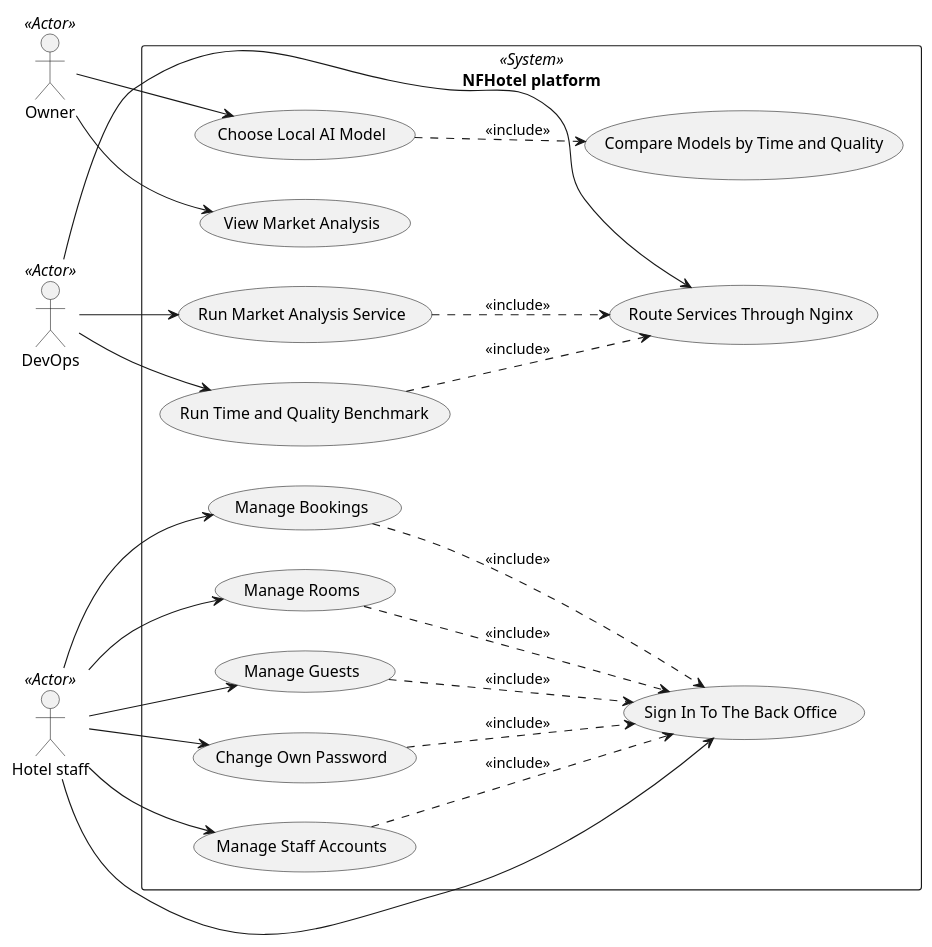
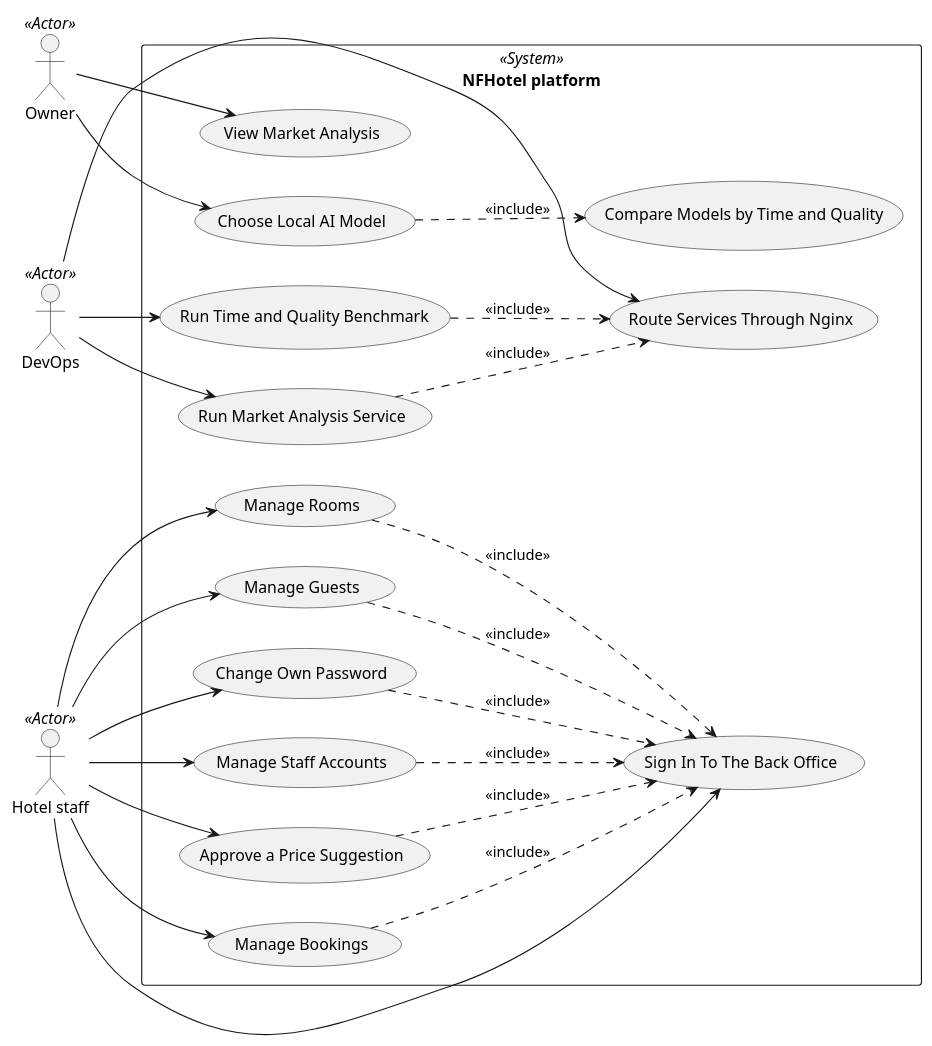
One commit to NF-Hotel/NFHotel changed the diagram in docs/use-case-diagram.md. Above: the diagram before and after it, drawn with PlantUML. The commit also changed other lines of this file and 154 other files, not shown here.

````diff
--- a/docs/use-case-diagram.md
+++ b/docs/use-case-diagram.md
@@ -33,41 +34,44 @@
 ```plantuml
 @startuml
 left to right direction
 actor "Owner" as Owner <<Actor>>
 actor "DevOps" as DevOps <<Actor>>
 actor "Hotel staff" as Staff <<Actor>>
 rectangle "NFHotel platform" <<System>> {
   usecase "View Market Analysis" as UC1
   usecase "Choose Local AI Model" as UC2
   usecase "Route Services Through Nginx" as UC3
   usecase "Run Time and Quality Benchmark" as UC4
   usecase "Run Market Analysis Service" as UC5
   usecase "Compare Models by Time and Quality" as UC6
   usecase "Manage Bookings" as UC7
   usecase "Manage Rooms" as UC8
   usecase "Manage Guests" as UC9
   usecase "Sign In To The Back Office" as UC10
   usecase "Change Own Password" as UC11
   usecase "Manage Staff Accounts" as UC12
+  usecase "Approve a Price Suggestion" as UC13
 }
 Owner --> UC1
 Owner --> UC2
 DevOps --> UC3
 DevOps --> UC4
 DevOps --> UC5
 Staff --> UC7
 Staff --> UC8
 Staff --> UC9
 Staff --> UC10
 Staff --> UC11
 Staff --> UC12
+Staff --> UC13
 UC7 ..> UC10 : <<include>>
 UC8 ..> UC10 : <<include>>
 UC11 ..> UC10 : <<include>>
 UC12 ..> UC10 : <<include>>
+UC13 ..> UC10 : <<include>>
 UC9 ..> UC10 : <<include>>
 UC2 ..> UC6 : <<include>>
 UC4 ..> UC3 : <<include>>
 UC5 ..> UC3 : <<include>>
 @enduml
 ```
````
